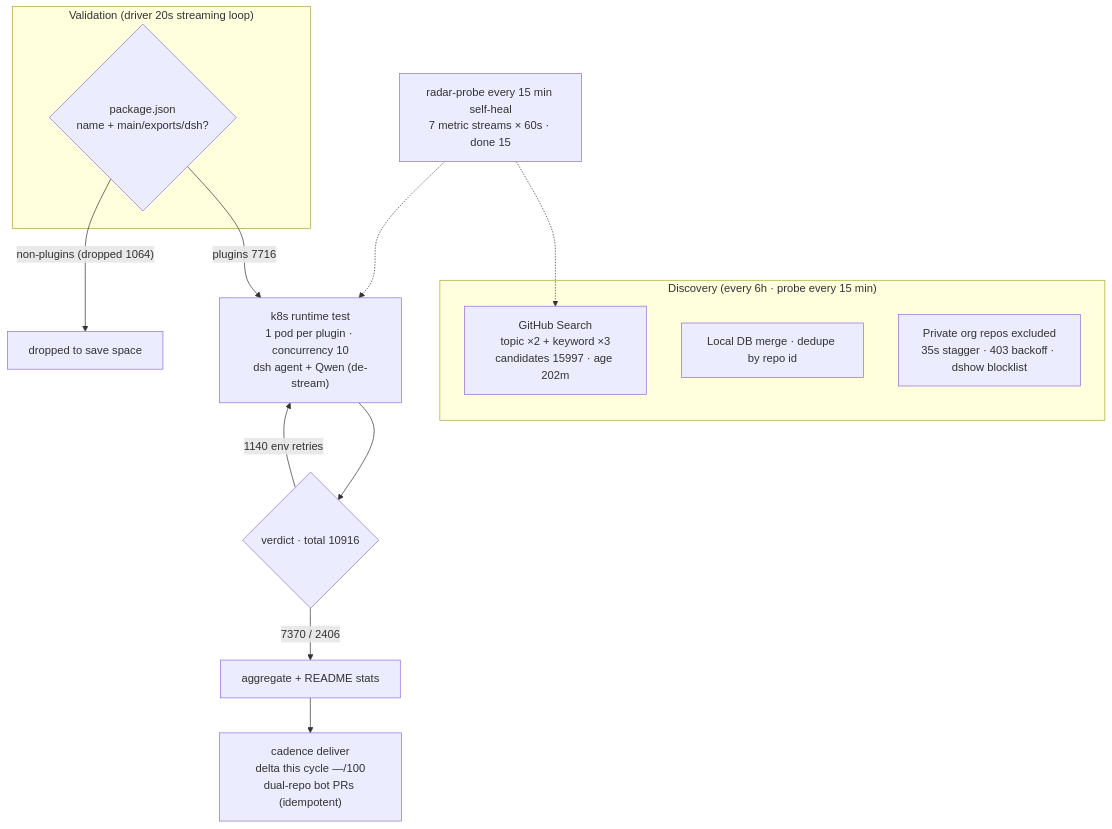
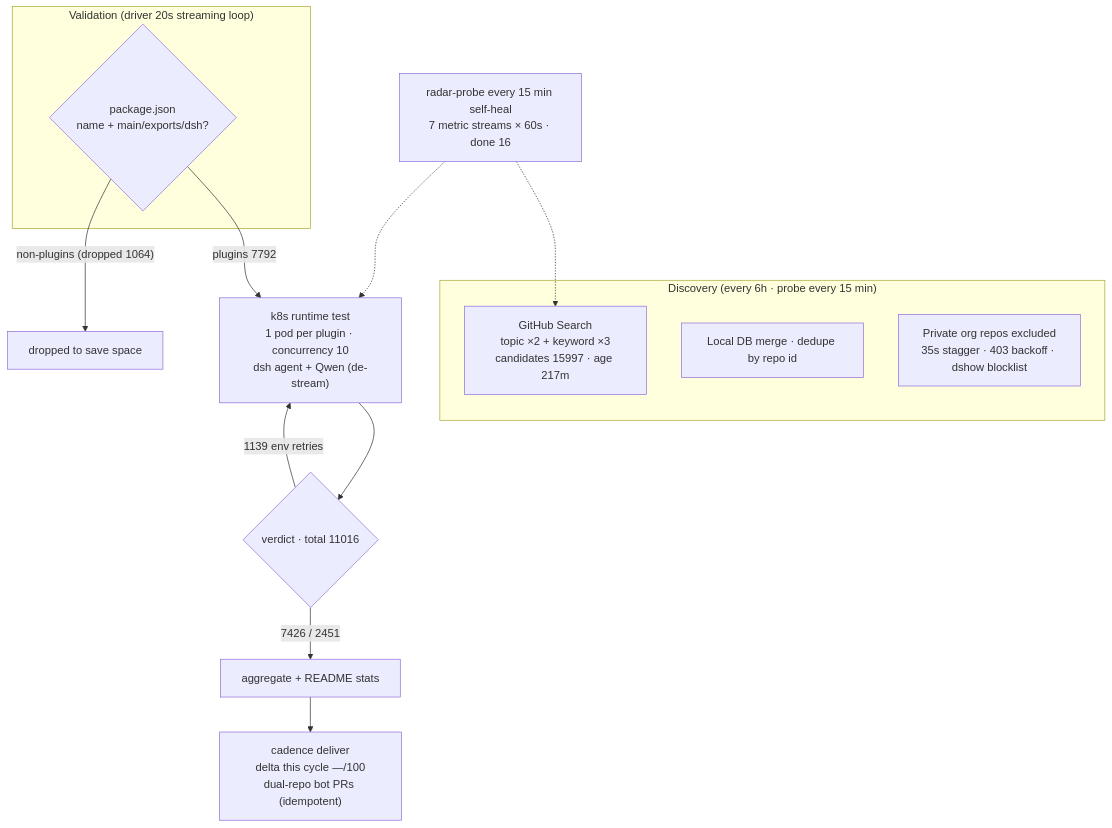
Before and after one commit to AdamPlatin123/awesome-dsh-plugins: the diagram in README.en-US.md, drawn with Mermaid. The commit also changed other lines of this file and 4 other files, not shown here.

````diff
--- a/README.en-US.md
+++ b/README.en-US.md
@@ -45,20 +45,20 @@
 ```mermaid
 flowchart TB
     subgraph Discovery["Discovery (every 6h · probe every 15 min)"]
-        A1["GitHub Search<br/>topic ×2 + keyword ×3<br/>candidates 15997 · age 202m"]
+        A1["GitHub Search<br/>topic ×2 + keyword ×3<br/>candidates 15997 · age 217m"]
         A2["Local DB merge · dedupe by repo id"]
         A3["Private org repos excluded<br/>35s stagger · 403 backoff · dshow blocklist"]
     end
     subgraph Validation["Validation (driver 20s streaming loop)"]
         B1{"package.json<br/>name + main/exports/dsh?"}
     end
-    B1 -->|"plugins 7716"| C1["k8s runtime test<br/>1 pod per plugin · concurrency 10<br/>dsh agent + Qwen (de-stream)"]
+    B1 -->|"plugins 7792"| C1["k8s runtime test<br/>1 pod per plugin · concurrency 10<br/>dsh agent + Qwen (de-stream)"]
     B1 -->|"non-plugins (dropped 1064)"| B3["dropped to save space"]
-    C1 --> D1{"verdict · total 10916"}
-    D1 -->|"7370 / 2406"| E1["aggregate + README stats"]
-    D1 -->|"1140 env retries"| C1
+    C1 --> D1{"verdict · total 11016"}
+    D1 -->|"7426 / 2451"| E1["aggregate + README stats"]
+    D1 -->|"1139 env retries"| C1
     E1 --> E2["cadence deliver<br/>delta this cycle —/100<br/>dual-repo bot PRs (idempotent)"]
-    M["radar-probe every 15 min self-heal<br/>7 metric streams × 60s · done 15"]
+    M["radar-probe every 15 min self-heal<br/>7 metric streams × 60s · done 16"]
     M -.-> A1
     M -.-> C1
 ```
````
